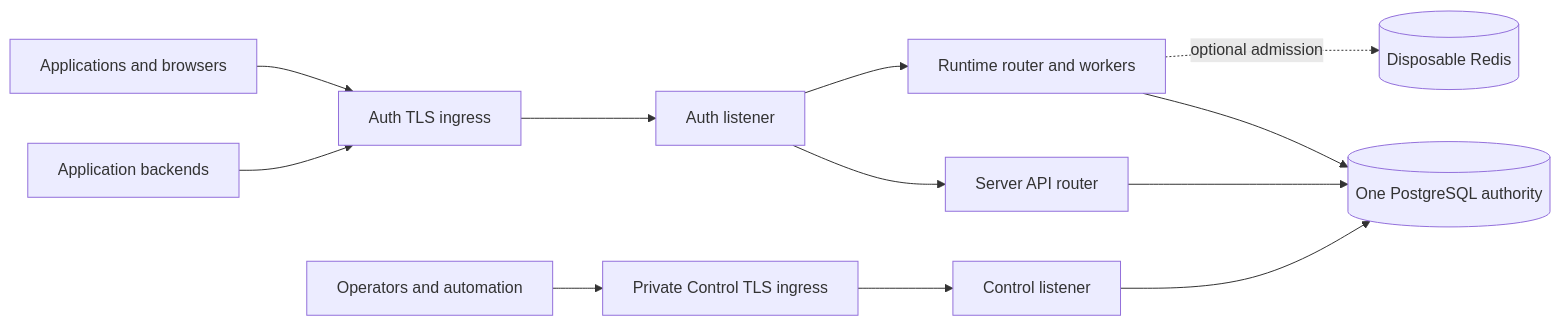
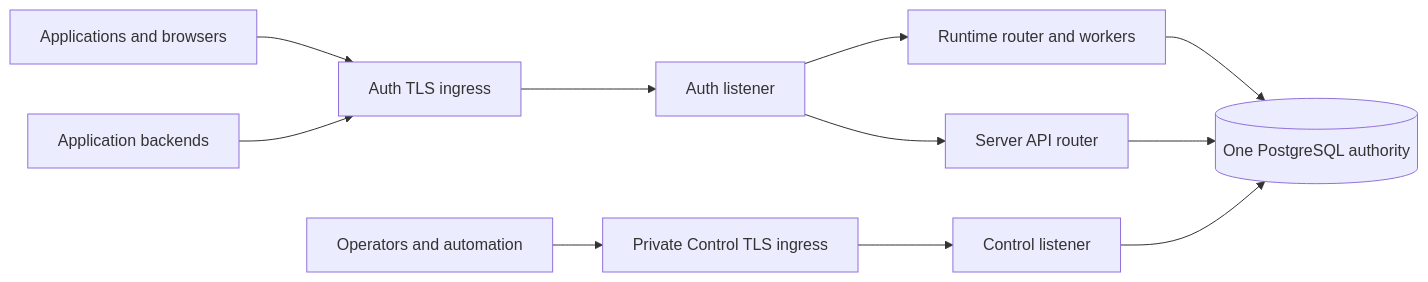
Before and after one commit to owlfoundry/owlauth: the diagram in docs/guide/deployment.md, drawn with Mermaid. The commit also changed other lines of this file and 155 other files, not shown here.

````diff
--- a/docs/guide/deployment.md
+++ b/docs/guide/deployment.md
@@ -33,14 +33,13 @@
 ```mermaid
 flowchart LR
     Browser[Applications and browsers] --> ProxyA[Auth TLS ingress]
     Backend[Application backends] --> ProxyA
     Operator[Operators and automation] --> ProxyC[Private Control TLS ingress]
     ProxyA --> Auth[Auth listener]
     ProxyC --> Control[Control listener]
     Auth --> Runtime[Runtime router and workers]
     Auth --> Server[Server API router]
     Runtime --> PG[(One PostgreSQL authority)]
     Server --> PG
     Control --> PG
-    Runtime -. optional admission .-> Redis[(Disposable Redis)]
 ```
````
